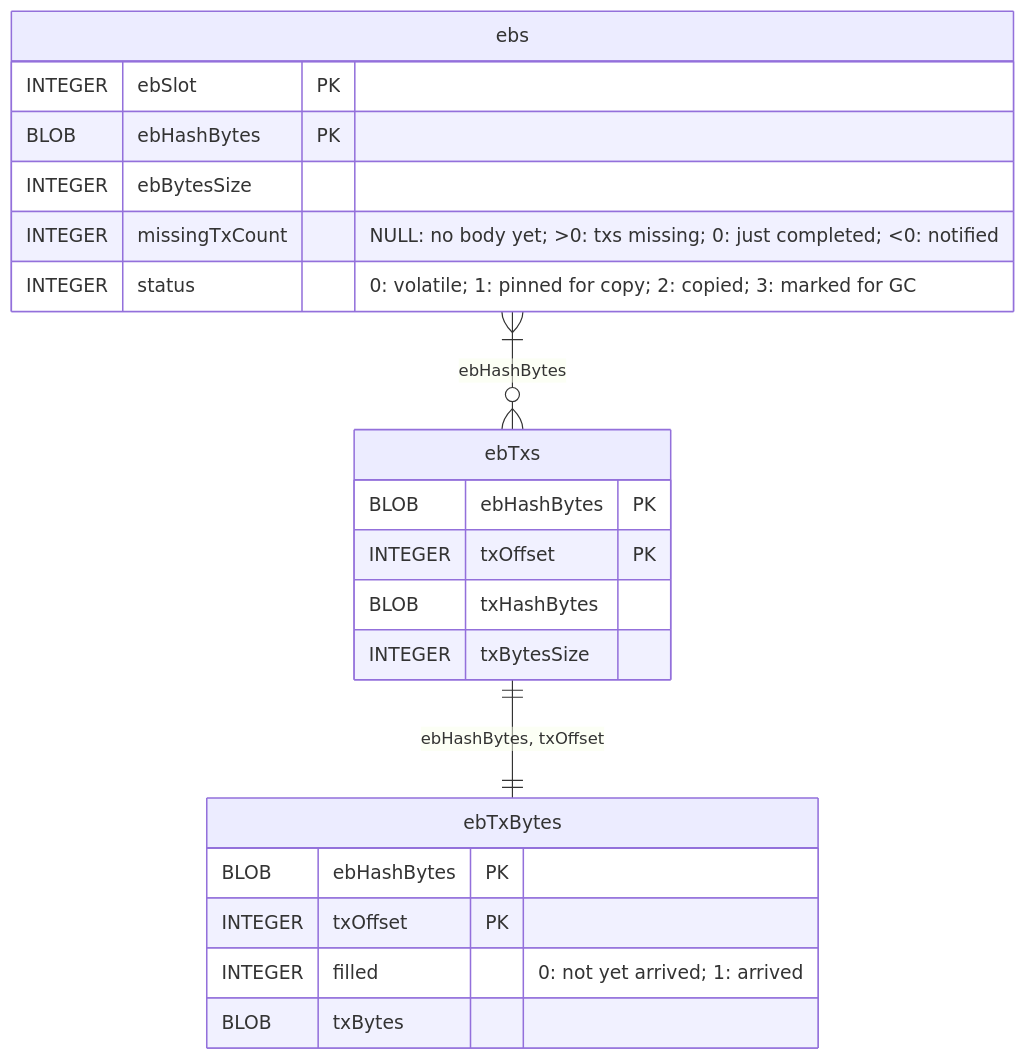
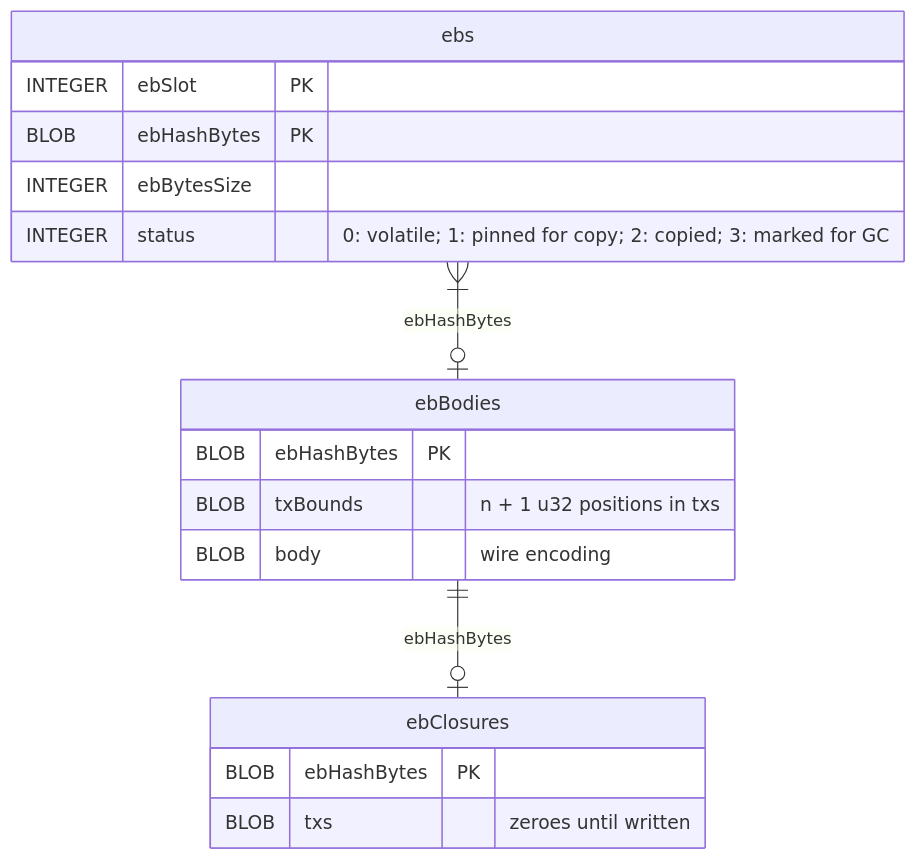
The first of 3 diagrams in docs/website/contents/explanations/leiosdb.md (IntersectMBO/ouroboros-consensus), drawn with Mermaid before and after one commit. The commit also changed other lines of this file and 17 other files, not shown here.

````diff
--- a/docs/website/contents/explanations/leiosdb.md
+++ b/docs/website/contents/explanations/leiosdb.md
@@ -19,25 +19,21 @@
 ```mermaid
 erDiagram
     ebs {
         INTEGER ebSlot PK
         BLOB ebHashBytes PK
         INTEGER ebBytesSize
-        INTEGER missingTxCount "NULL: no body yet; >0: txs missing; 0: just completed; <0: notified"
         INTEGER status "0: volatile; 1: pinned for copy; 2: copied; 3: marked for GC"
     }
-    ebTxs {
+    ebBodies {
         BLOB ebHashBytes PK
-        INTEGER txOffset PK
-        BLOB txHashBytes
-        INTEGER txBytesSize
+        BLOB txBounds "n + 1 u32 positions in txs"
+        BLOB body "wire encoding"
     }
-    ebTxBytes {
+    ebClosures {
         BLOB ebHashBytes PK
-        INTEGER txOffset PK
-        INTEGER filled "0: not yet arrived; 1: arrived"
-        BLOB txBytes
+        BLOB txs "zeroes until written"
     }
 
-    ebs }|--o{ ebTxs : "ebHashBytes"
-    ebTxs ||--|| ebTxBytes : "ebHashBytes, txOffset"
+    ebs }|--o| ebBodies : "ebHashBytes"
+    ebBodies ||--o| ebClosures : "ebHashBytes"
 ```
````
